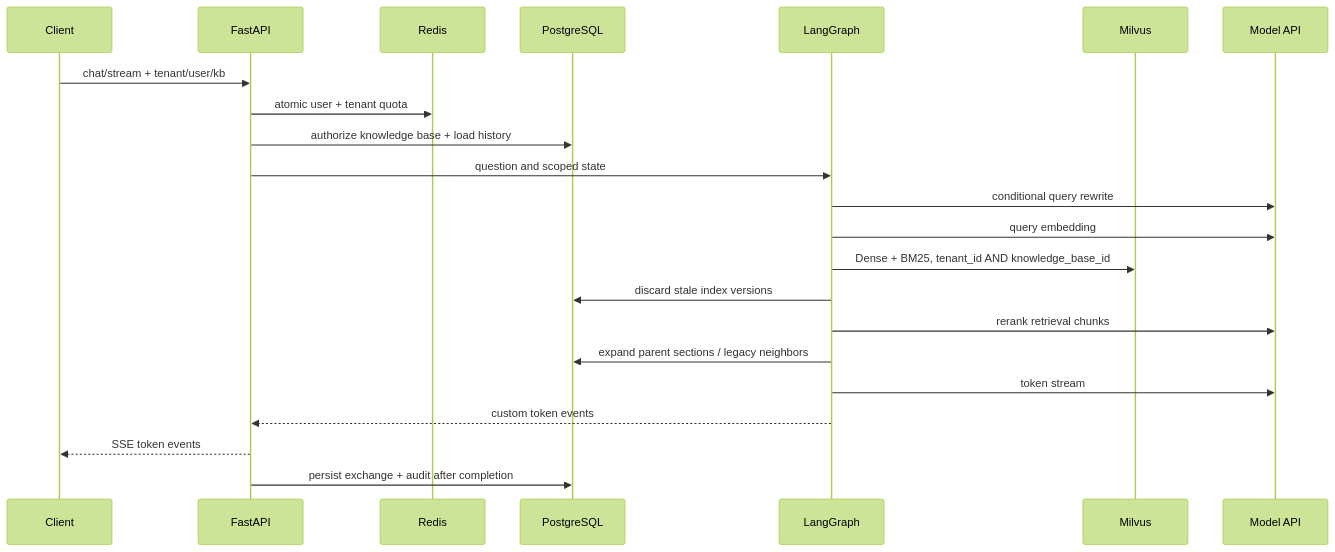
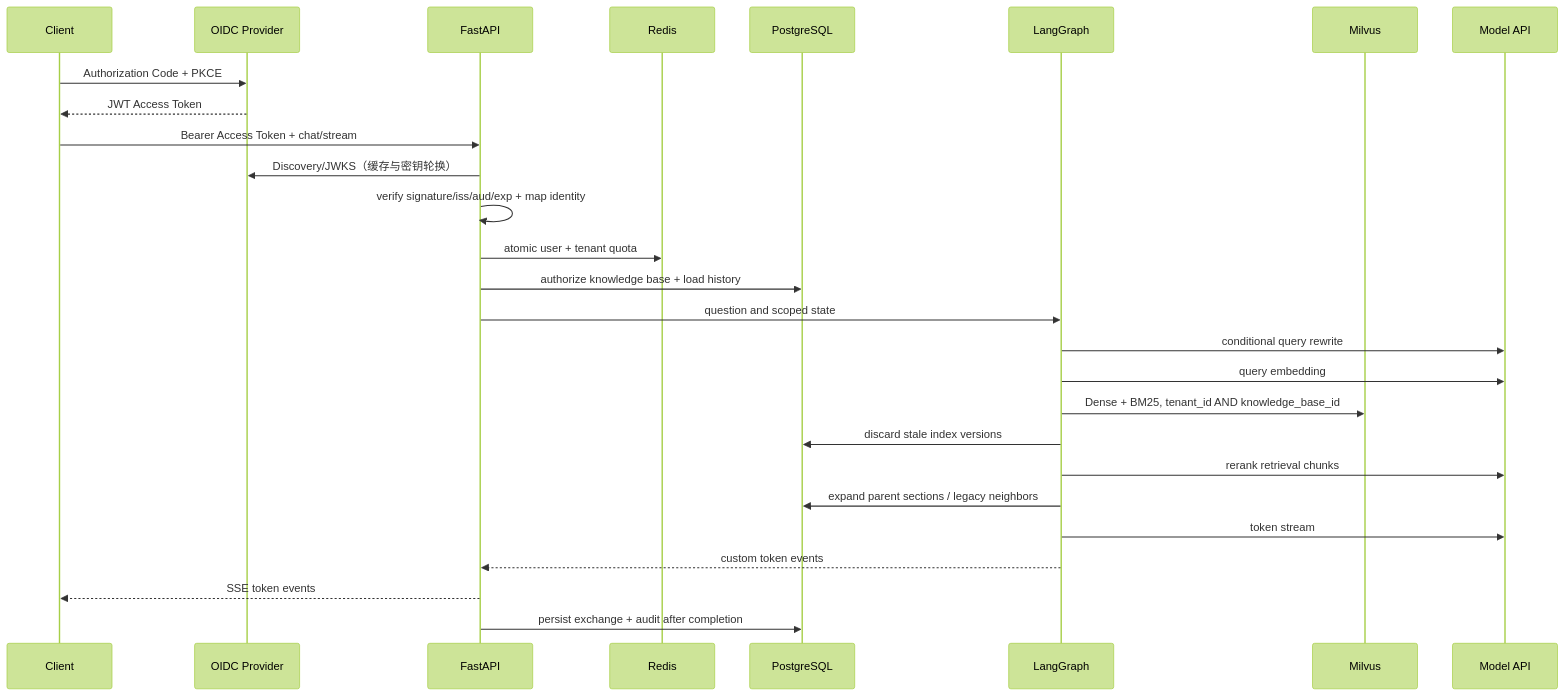
Before and after one commit to WWSS11/enterprise-rag: the diagram in docs/architecture.md, drawn with Mermaid (forest theme). The commit also changed other lines of this file and 28 other files, not shown here.

Commit message:
feat: add oidc jwt authentication

````diff
--- a/docs/architecture.md
+++ b/docs/architecture.md
@@ -9,25 +9,30 @@
 ```mermaid
 sequenceDiagram
     participant C as Client
+    participant I as OIDC Provider
     participant A as FastAPI
     participant R as Redis
     participant P as PostgreSQL
     participant G as LangGraph
     participant M as Milvus
     participant L as Model API
 
-    C->>A: chat/stream + tenant/user/kb
+    C->>I: Authorization Code + PKCE
+    I-->>C: JWT Access Token
+    C->>A: Bearer Access Token + chat/stream
+    A->>I: Discovery/JWKS（缓存与密钥轮换）
+    A->>A: verify signature/iss/aud/exp + map identity
     A->>R: atomic user + tenant quota
     A->>P: authorize knowledge base + load history
     A->>G: question and scoped state
     G->>L: conditional query rewrite
     G->>L: query embedding
     G->>M: Dense + BM25, tenant_id AND knowledge_base_id
     G->>P: discard stale index versions
     G->>L: rerank retrieval chunks
     G->>P: expand parent sections / legacy neighbors
     G->>L: token stream
     G-->>A: custom token events
     A-->>C: SSE token events
     A->>P: persist exchange + audit after completion
 ```
````
